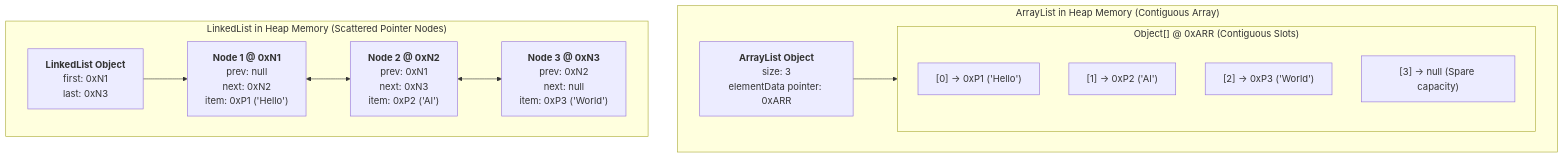
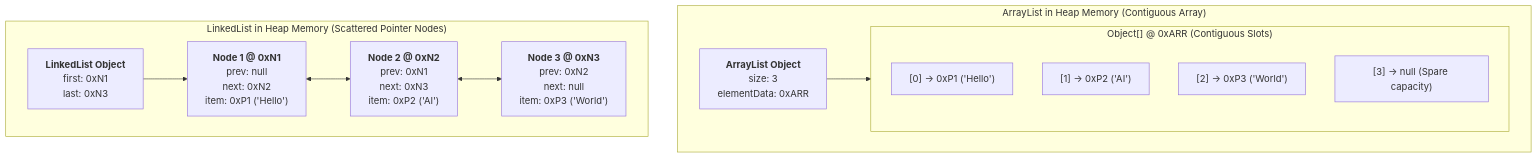
The second of 4 diagrams in Phase_01_Java_Foundations/Day_04_Generics_Collections_DataStructures/Day_04_Generics_Collections_DataStructures.md (SrinuRenangi/Gen-AI-Java), drawn with Mermaid before and after one commit. The commit also changed other lines of this file, not shown here.

````diff
--- a/Phase_01_Java_Foundations/Day_04_Generics_Collections_DataStructures/Day_04_Generics_Collections_DataStructures.md
+++ b/Phase_01_Java_Foundations/Day_04_Generics_Collections_DataStructures/Day_04_Generics_Collections_DataStructures.md
@@ -128,24 +237,24 @@
 ```mermaid
 flowchart TD
     subgraph ArrayListMem ["ArrayList in Heap Memory (Contiguous Array)"]
-        AL_HDR["<b>ArrayList Object</b><br>size: 3<br>elementData pointer: 0xARR"]
+        AL_HDR["<b>ArrayList Object</b><br>size: 3<br>elementData: 0xARR"]
         subgraph BackingArray ["Object[] @ 0xARR (Contiguous Slots)"]
             SLOT0["[0] -> 0xP1 ('Hello')"]
             SLOT1["[1] -> 0xP2 ('AI')"]
             SLOT2["[2] -> 0xP3 ('World')"]
             SLOT3["[3] -> null (Spare capacity)"]
         end
         AL_HDR --> BackingArray
     end
 
     subgraph LinkedListMem ["LinkedList in Heap Memory (Scattered Pointer Nodes)"]
         LL_HDR["<b>LinkedList Object</b><br>first: 0xN1<br>last: 0xN3"]
         N1["<b>Node 1 @ 0xN1</b><br>prev: null<br>next: 0xN2<br>item: 0xP1 ('Hello')"]
         N2["<b>Node 2 @ 0xN2</b><br>prev: 0xN1<br>next: 0xN3<br>item: 0xP2 ('AI')"]
         N3["<b>Node 3 @ 0xN3</b><br>prev: 0xN2<br>next: null<br>item: 0xP3 ('World')"]
         
         LL_HDR --> N1
         N1 <--> N2
         N2 <--> N3
     end
 ```
````
